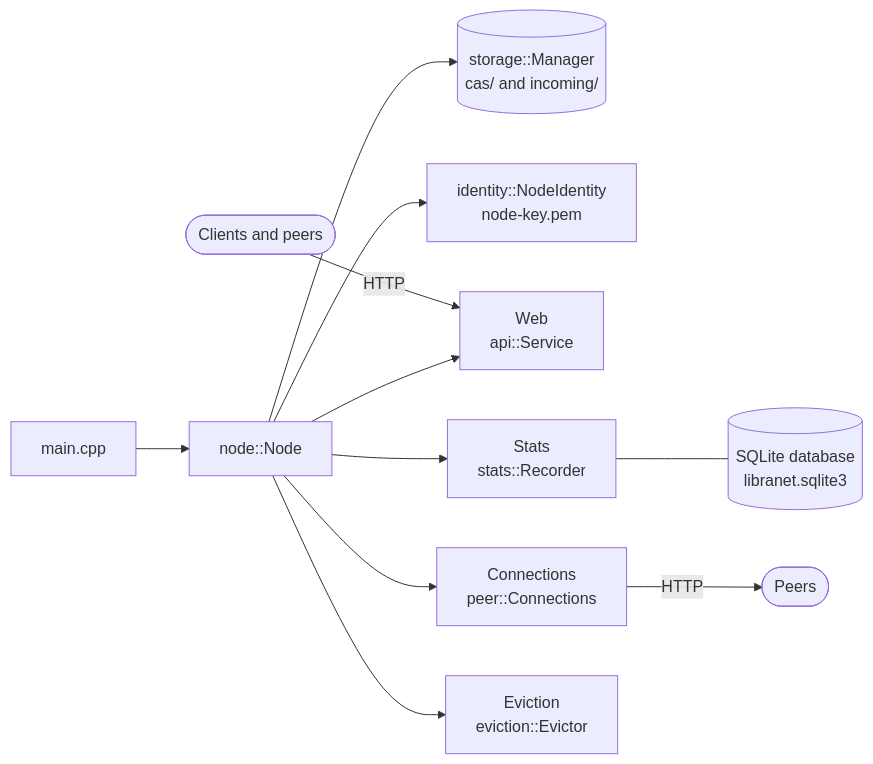
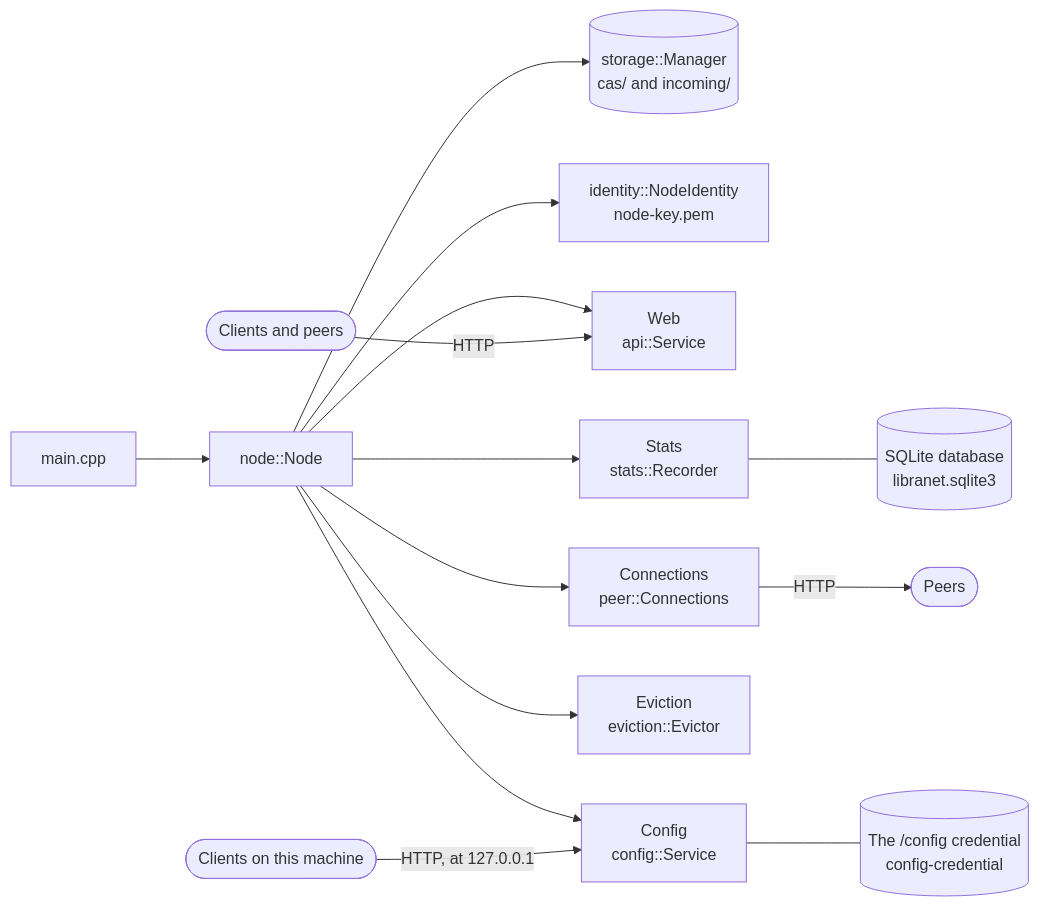
One commit to marcpage/libranet changed the first of 20 diagrams in cpp/docs/Overview.md. Above: the diagram before and after it, drawn with Mermaid. The commit also changed other lines of this file and 1 other file, not shown here.

````diff
--- a/cpp/docs/Overview.md
+++ b/cpp/docs/Overview.md
@@ -73,13 +81,16 @@
 ```mermaid
 flowchart LR
     main["main.cpp"] --> Node["node::Node"]
     Node --> Store[("storage::Manager<br/>cas/ and incoming/")]
     Node --> Identity["identity::NodeIdentity<br/>node-key.pem"]
     Node --> Web["Web<br/>api::Service"]
     Node --> Stats["Stats<br/>stats::Recorder"]
     Node --> Conn["Connections<br/>peer::Connections"]
     Node --> Evict["Eviction<br/>eviction::Evictor"]
+    Node --> Config["Config<br/>config::Service"]
     Clients(["Clients and peers"]) -- "HTTP" --> Web
     Conn -- "HTTP" --> Peers(["Peers"])
     Stats --- DB[("SQLite database<br/>libranet.sqlite3")]
+    Local(["Clients on this machine"]) -- "HTTP, at 127.0.0.1" --> Config
+    Config --- Credential[("The /config credential<br/>config-credential")]
 ```
````
